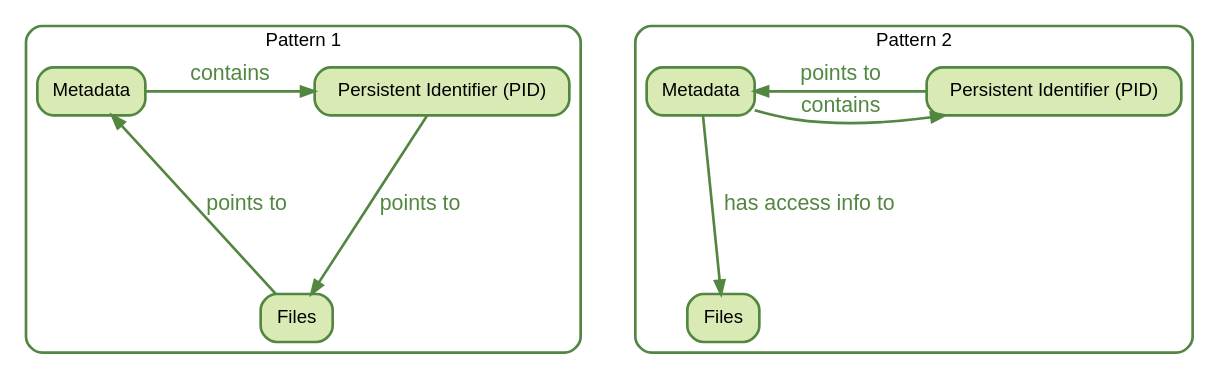
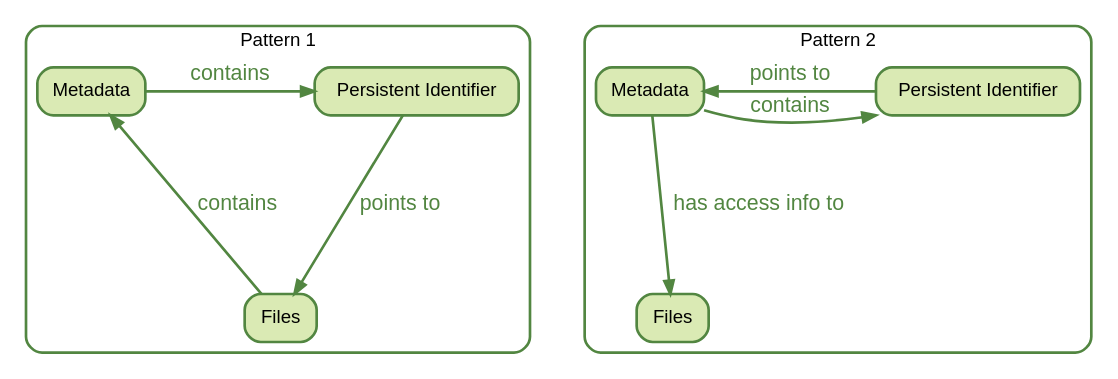
The second of 3 diagrams in book/digital-object.qmd (chStaiger/rdm-tech-foundations), drawn with Graphviz before and after one commit. The commit also changed other lines of this file and 3 other files, not shown here.

````diff
--- a/book/digital-object.qmd
+++ b/book/digital-object.qmd
@@ -77,6 +78,6 @@
 ```{dot}
 //| label: fig-do-implementation
-//| fig-cap: Two common PID–File–Metadata relationship patterns.
+//| fig-cap: Two common Persistent Identifier – File – Metadata relationship patterns.
 //| fig-align: center
 //| fig-width: 8
 //| output: svg
@@ -125,10 +126,10 @@
 
         F1 [label="Files"];
         M1 [label="Metadata"];
-        P1 [label="Persistent Identifier (PID)"];
+        P1 [label="Persistent Identifier"];
 
         P1 -> F1 [label="points to"];
-        F1 -> M1 [label="points to"];
+        F1 -> M1 [label="contains"];
         M1 -> P1 [label="contains", constraint=false];
     }
 
@@ -144,7 +145,7 @@
 
         F2 [label="Files"];
         M2 [label="Metadata"];
-        P2 [label="Persistent Identifier (PID)"];
+        P2 [label="Persistent Identifier"];
 
         // Force horizontal alignment
         { rank = same; M2; P2 }
````
